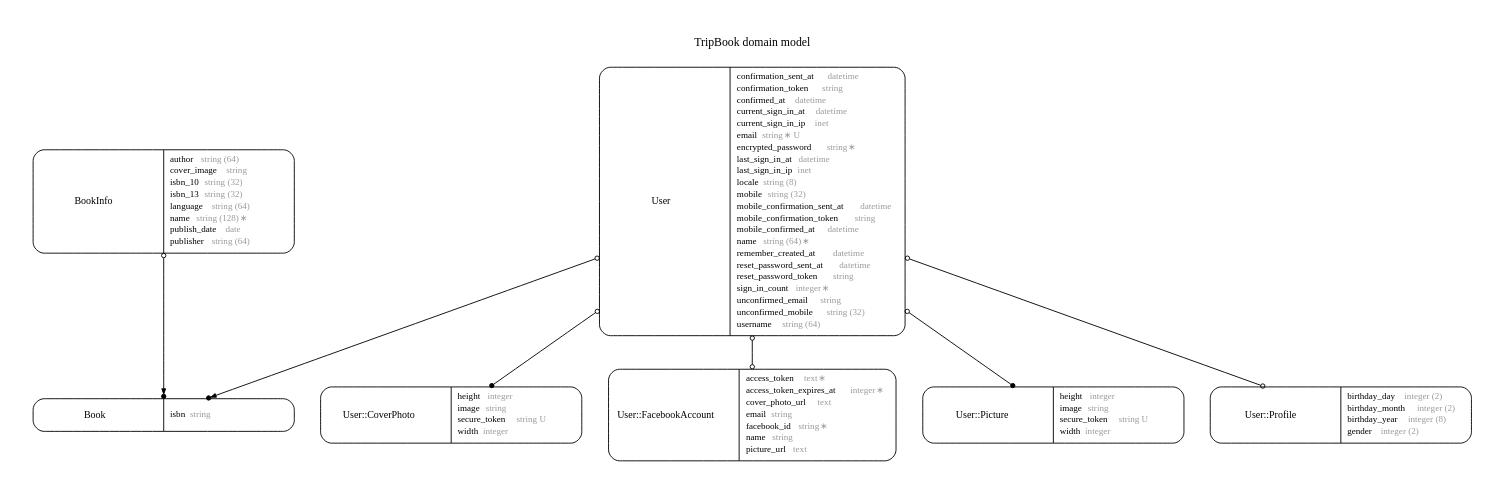
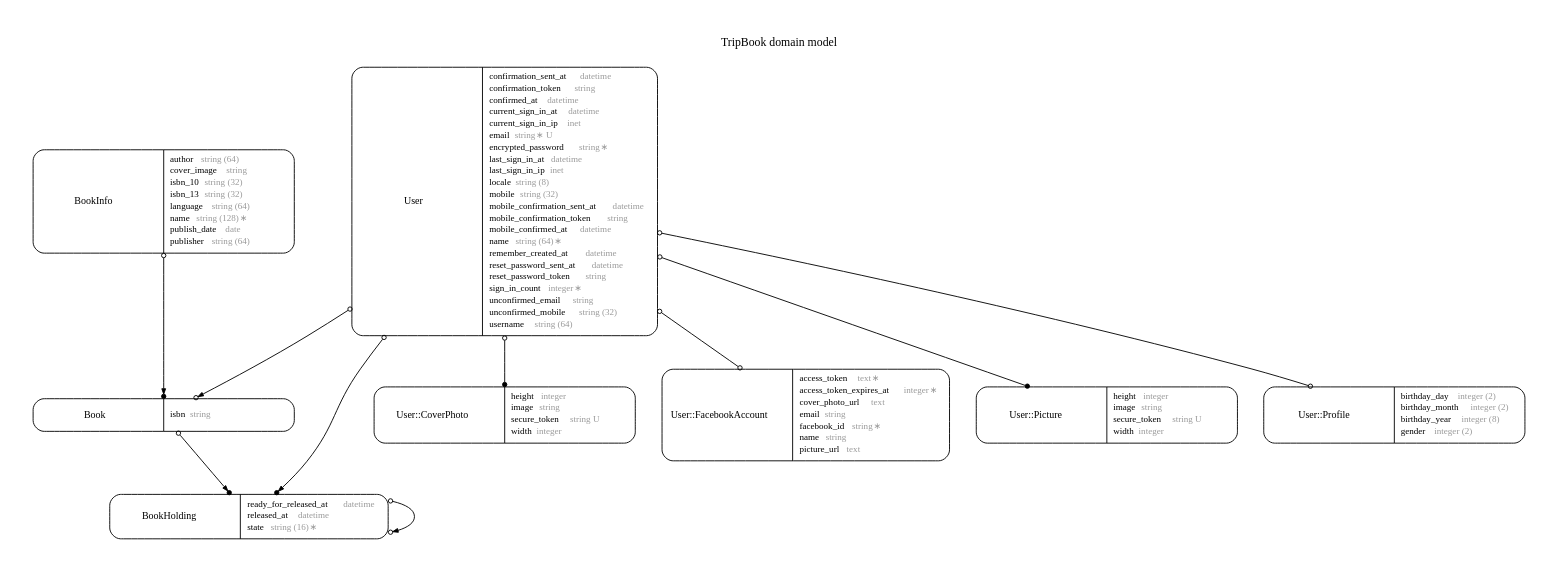
One commit to zetavg/TripBook changed the diagram in erd.dot. Above: the diagram before and after it, drawn with Graphviz. The commit also changed 12 other files, not shown here.

Commit message:
create BookHolding model

```diff
--- a/erd.dot
+++ b/erd.dot
@@ -1,120 +1,136 @@
 digraph TripBook {
 rankdir = "LR";
 ranksep = "0.5";
 nodesep = "0.4";
 pad = "0.4,0.4";
 margin = "0,0";
 concentrate = "true";
 labelloc = "t";
 fontsize = "13";
 fontname = "Arial BoldMT";
 node[ shape  =  "Mrecord" , fontsize  =  "10" , fontname  =  "ArialMT" , margin  =  "0.07,0.05" , penwidth  =  "1.0"];
 edge[ fontname  =  "ArialMT" , fontsize  =  "7" , dir  =  "both" , arrowsize  =  "0.9" , penwidth  =  "1.0" , labelangle  =  "32" , labeldistance  =  "1.8"];
 rankdir = "TB";
 label = "TripBook domain model\n\n";
 m_Book [label = <<table border="0" align="center" cellspacing="0.5" cellpadding="0" width="134">
   <tr><td align="center" valign="bottom" width="130"><font face="Arial BoldMT" point-size="11">Book</font></td></tr>
 </table>
 |
 <table border="0" align="left" cellspacing="2" cellpadding="0" width="134">
   <tr><td align="left" width="130" port="isbn">isbn <font face="Arial ItalicMT" color="grey60">string</font></td></tr>
+</table>
+>];
+m_BookHolding [label = <<table border="0" align="center" cellspacing="0.5" cellpadding="0" width="134">
+  <tr><td align="center" valign="bottom" width="130"><font face="Arial BoldMT" point-size="11">BookHolding</font></td></tr>
+</table>
+|
+<table border="0" align="left" cellspacing="2" cellpadding="0" width="134">
+  <tr><td align="left" width="130" port="ready_for_released_at">ready_for_released_at <font face="Arial ItalicMT" color="grey60">datetime</font></td></tr>
+  <tr><td align="left" width="130" port="released_at">released_at <font face="Arial ItalicMT" color="grey60">datetime</font></td></tr>
+  <tr><td align="left" width="130" port="state">state <font face="Arial ItalicMT" color="grey60">string (16) ∗</font></td></tr>
 </table>
 >];
 m_BookInfo [label = <<table border="0" align="center" cellspacing="0.5" cellpadding="0" width="134">
   <tr><td align="center" valign="bottom" width="130"><font face="Arial BoldMT" point-size="11">BookInfo</font></td></tr>
 </table>
 |
 <table border="0" align="left" cellspacing="2" cellpadding="0" width="134">
   <tr><td align="left" width="130" port="author">author <font face="Arial ItalicMT" color="grey60">string (64)</font></td></tr>
   <tr><td align="left" width="130" port="cover_image">cover_image <font face="Arial ItalicMT" color="grey60">string</font></td></tr>
   <tr><td align="left" width="130" port="isbn_10">isbn_10 <font face="Arial ItalicMT" color="grey60">string (32)</font></td></tr>
   <tr><td align="left" width="130" port="isbn_13">isbn_13 <font face="Arial ItalicMT" color="grey60">string (32)</font></td></tr>
   <tr><td align="left" width="130" port="language">language <font face="Arial ItalicMT" color="grey60">string (64)</font></td></tr>
   <tr><td align="left" width="130" port="name">name <font face="Arial ItalicMT" color="grey60">string (128) ∗</font></td></tr>
   <tr><td align="left" width="130" port="publish_date">publish_date <font face="Arial ItalicMT" color="grey60">date</font></td></tr>
   <tr><td align="left" width="130" port="publisher">publisher <font face="Arial ItalicMT" color="grey60">string (64)</font></td></tr>
 </table>
 >];
 m_User [label = <<table border="0" align="center" cellspacing="0.5" cellpadding="0" width="134">
   <tr><td align="center" valign="bottom" width="130"><font face="Arial BoldMT" point-size="11">User</font></td></tr>
 </table>
 |
 <table border="0" align="left" cellspacing="2" cellpadding="0" width="134">
   <tr><td align="left" width="130" port="confirmation_sent_at">confirmation_sent_at <font face="Arial ItalicMT" color="grey60">datetime</font></td></tr>
   <tr><td align="left" width="130" port="confirmation_token">confirmation_token <font face="Arial ItalicMT" color="grey60">string</font></td></tr>
   <tr><td align="left" width="130" port="confirmed_at">confirmed_at <font face="Arial ItalicMT" color="grey60">datetime</font></td></tr>
   <tr><td align="left" width="130" port="current_sign_in_at">current_sign_in_at <font face="Arial ItalicMT" color="grey60">datetime</font></td></tr>
   <tr><td align="left" width="130" port="current_sign_in_ip">current_sign_in_ip <font face="Arial ItalicMT" color="grey60">inet</font></td></tr>
   <tr><td align="left" width="130" port="email">email <font face="Arial ItalicMT" color="grey60">string ∗ U</font></td></tr>
   <tr><td align="left" width="130" port="encrypted_password">encrypted_password <font face="Arial ItalicMT" color="grey60">string ∗</font></td></tr>
   <tr><td align="left" width="130" port="last_sign_in_at">last_sign_in_at <font face="Arial ItalicMT" color="grey60">datetime</font></td></tr>
   <tr><td align="left" width="130" port="last_sign_in_ip">last_sign_in_ip <font face="Arial ItalicMT" color="grey60">inet</font></td></tr>
   <tr><td align="left" width="130" port="locale">locale <font face="Arial ItalicMT" color="grey60">string (8)</font></td></tr>
   <tr><td align="left" width="130" port="mobile">mobile <font face="Arial ItalicMT" color="grey60">string (32)</font></td></tr>
   <tr><td align="left" width="130" port="mobile_confirmation_sent_at">mobile_confirmation_sent_at <font face="Arial ItalicMT" color="grey60">datetime</font></td></tr>
   <tr><td align="left" width="130" port="mobile_confirmation_token">mobile_confirmation_token <font face="Arial ItalicMT" color="grey60">string</font></td></tr>
   <tr><td align="left" width="130" port="mobile_confirmed_at">mobile_confirmed_at <font face="Arial ItalicMT" color="grey60">datetime</font></td></tr>
   <tr><td align="left" width="130" port="name">name <font face="Arial ItalicMT" color="grey60">string (64) ∗</font></td></tr>
   <tr><td align="left" width="130" port="remember_created_at">remember_created_at <font face="Arial ItalicMT" color="grey60">datetime</font></td></tr>
   <tr><td align="left" width="130" port="reset_password_sent_at">reset_password_sent_at <font face="Arial ItalicMT" color="grey60">datetime</font></td></tr>
   <tr><td align="left" width="130" port="reset_password_token">reset_password_token <font face="Arial ItalicMT" color="grey60">string</font></td></tr>
   <tr><td align="left" width="130" port="sign_in_count">sign_in_count <font face="Arial ItalicMT" color="grey60">integer ∗</font></td></tr>
   <tr><td align="left" width="130" port="unconfirmed_email">unconfirmed_email <font face="Arial ItalicMT" color="grey60">string</font></td></tr>
   <tr><td align="left" width="130" port="unconfirmed_mobile">unconfirmed_mobile <font face="Arial ItalicMT" color="grey60">string (32)</font></td></tr>
   <tr><td align="left" width="130" port="username">username <font face="Arial ItalicMT" color="grey60">string (64)</font></td></tr>
 </table>
 >];
 "m_User::CoverPhoto" [label = <<table border="0" align="center" cellspacing="0.5" cellpadding="0" width="134">
   <tr><td align="center" valign="bottom" width="130"><font face="Arial BoldMT" point-size="11">User::CoverPhoto</font></td></tr>
 </table>
 |
 <table border="0" align="left" cellspacing="2" cellpadding="0" width="134">
   <tr><td align="left" width="130" port="height">height <font face="Arial ItalicMT" color="grey60">integer</font></td></tr>
   <tr><td align="left" width="130" port="image">image <font face="Arial ItalicMT" color="grey60">string</font></td></tr>
   <tr><td align="left" width="130" port="secure_token">secure_token <font face="Arial ItalicMT" color="grey60">string U</font></td></tr>
   <tr><td align="left" width="130" port="width">width <font face="Arial ItalicMT" color="grey60">integer</font></td></tr>
 </table>
 >];
 "m_User::FacebookAccount" [label = <<table border="0" align="center" cellspacing="0.5" cellpadding="0" width="134">
   <tr><td align="center" valign="bottom" width="130"><font face="Arial BoldMT" point-size="11">User::FacebookAccount</font></td></tr>
 </table>
 |
 <table border="0" align="left" cellspacing="2" cellpadding="0" width="134">
   <tr><td align="left" width="130" port="access_token">access_token <font face="Arial ItalicMT" color="grey60">text ∗</font></td></tr>
   <tr><td align="left" width="130" port="access_token_expires_at">access_token_expires_at <font face="Arial ItalicMT" color="grey60">integer ∗</font></td></tr>
   <tr><td align="left" width="130" port="cover_photo_url">cover_photo_url <font face="Arial ItalicMT" color="grey60">text</font></td></tr>
   <tr><td align="left" width="130" port="email">email <font face="Arial ItalicMT" color="grey60">string</font></td></tr>
   <tr><td align="left" width="130" port="facebook_id">facebook_id <font face="Arial ItalicMT" color="grey60">string ∗</font></td></tr>
   <tr><td align="left" width="130" port="name">name <font face="Arial ItalicMT" color="grey60">string</font></td></tr>
   <tr><td align="left" width="130" port="picture_url">picture_url <font face="Arial ItalicMT" color="grey60">text</font></td></tr>
 </table>
 >];
 "m_User::Picture" [label = <<table border="0" align="center" cellspacing="0.5" cellpadding="0" width="134">
   <tr><td align="center" valign="bottom" width="130"><font face="Arial BoldMT" point-size="11">User::Picture</font></td></tr>
 </table>
 |
 <table border="0" align="left" cellspacing="2" cellpadding="0" width="134">
   <tr><td align="left" width="130" port="height">height <font face="Arial ItalicMT" color="grey60">integer</font></td></tr>
   <tr><td align="left" width="130" port="image">image <font face="Arial ItalicMT" color="grey60">string</font></td></tr>
   <tr><td align="left" width="130" port="secure_token">secure_token <font face="Arial ItalicMT" color="grey60">string U</font></td></tr>
   <tr><td align="left" width="130" port="width">width <font face="Arial ItalicMT" color="grey60">integer</font></td></tr>
 </table>
 >];
 "m_User::Profile" [label = <<table border="0" align="center" cellspacing="0.5" cellpadding="0" width="134">
   <tr><td align="center" valign="bottom" width="130"><font face="Arial BoldMT" point-size="11">User::Profile</font></td></tr>
 </table>
 |
 <table border="0" align="left" cellspacing="2" cellpadding="0" width="134">
   <tr><td align="left" width="130" port="birthday_day">birthday_day <font face="Arial ItalicMT" color="grey60">integer (2)</font></td></tr>
   <tr><td align="left" width="130" port="birthday_month">birthday_month <font face="Arial ItalicMT" color="grey60">integer (2)</font></td></tr>
   <tr><td align="left" width="130" port="birthday_year">birthday_year <font face="Arial ItalicMT" color="grey60">integer (8)</font></td></tr>
   <tr><td align="left" width="130" port="gender">gender <font face="Arial ItalicMT" color="grey60">integer (2)</font></td></tr>
 </table>
 >];
   m_User -> "m_User::Profile" [arrowsize = "0.6", arrowhead = "odot", arrowtail = "odot", weight = "2"];
   m_User -> "m_User::Picture" [arrowsize = "0.6", arrowhead = "dot", arrowtail = "odot", weight = "2"];
   m_User -> "m_User::CoverPhoto" [arrowsize = "0.6", arrowhead = "dot", arrowtail = "odot", weight = "2"];
   m_User -> m_Book [arrowsize = "0.6", arrowhead = "dotnormal", arrowtail = "odot", weight = "2"];
+  m_User -> m_BookHolding [arrowsize = "0.6", arrowhead = "dotnormal", arrowtail = "odot", weight = "3"];
+  m_User -> m_Book [style = "dotted", arrowsize = "0.6", arrowhead = "odotnormal", arrowtail = "odot", weight = "2", constraint = "false"];
+  m_User -> m_Book [style = "dotted", arrowsize = "0.6", arrowhead = "odotnormal", arrowtail = "odot", weight = "1", constraint = "false"];
   m_User -> "m_User::FacebookAccount" [arrowsize = "0.6", arrowhead = "odot", arrowtail = "odot", weight = "2"];
+  m_Book -> m_BookHolding [arrowsize = "0.6", arrowhead = "dotnormal", arrowtail = "odot", weight = "3"];
+  m_Book -> m_User [style = "dotted", arrowsize = "0.6", arrowhead = "odot", arrowtail = "odot", weight = "1", constraint = "false"];
   m_BookInfo -> m_Book [arrowsize = "0.6", arrowhead = "dotnormal", arrowtail = "odot", weight = "2"];
+  m_BookHolding -> m_BookHolding [arrowsize = "0.6", arrowhead = "odotnormal", arrowtail = "odot", weight = "1"];
 }
```
